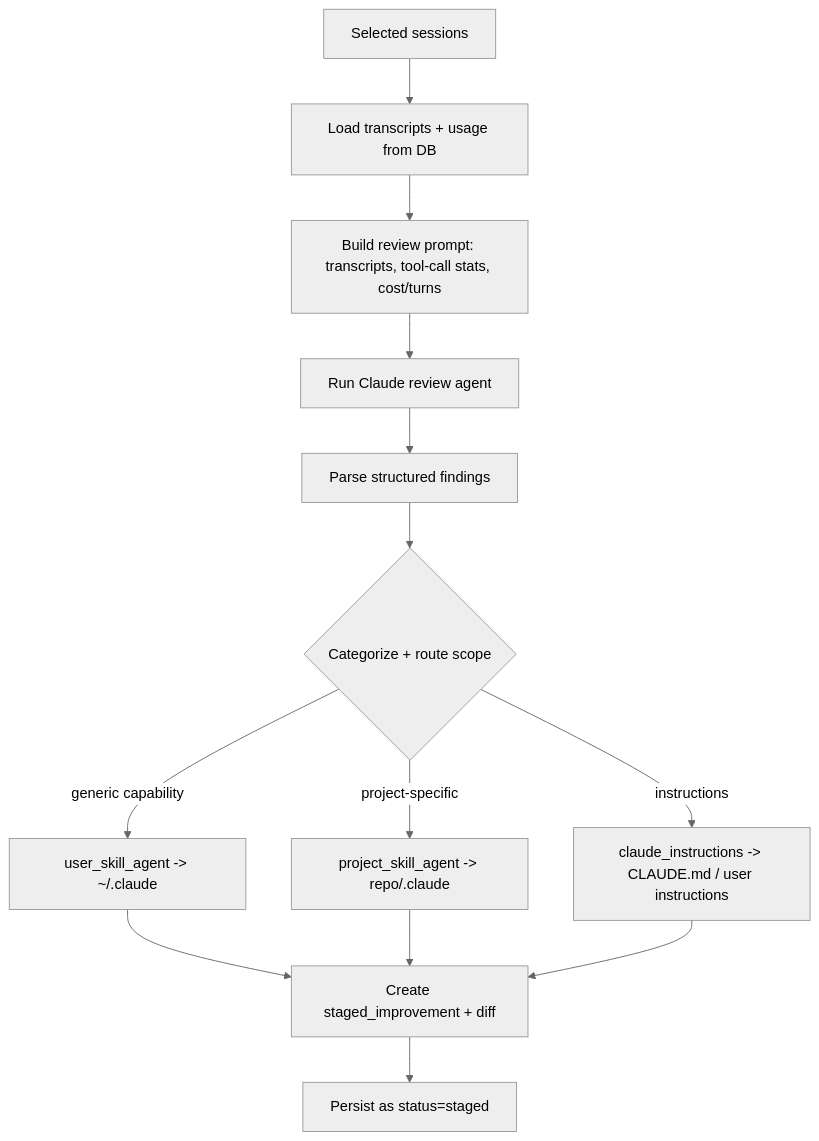
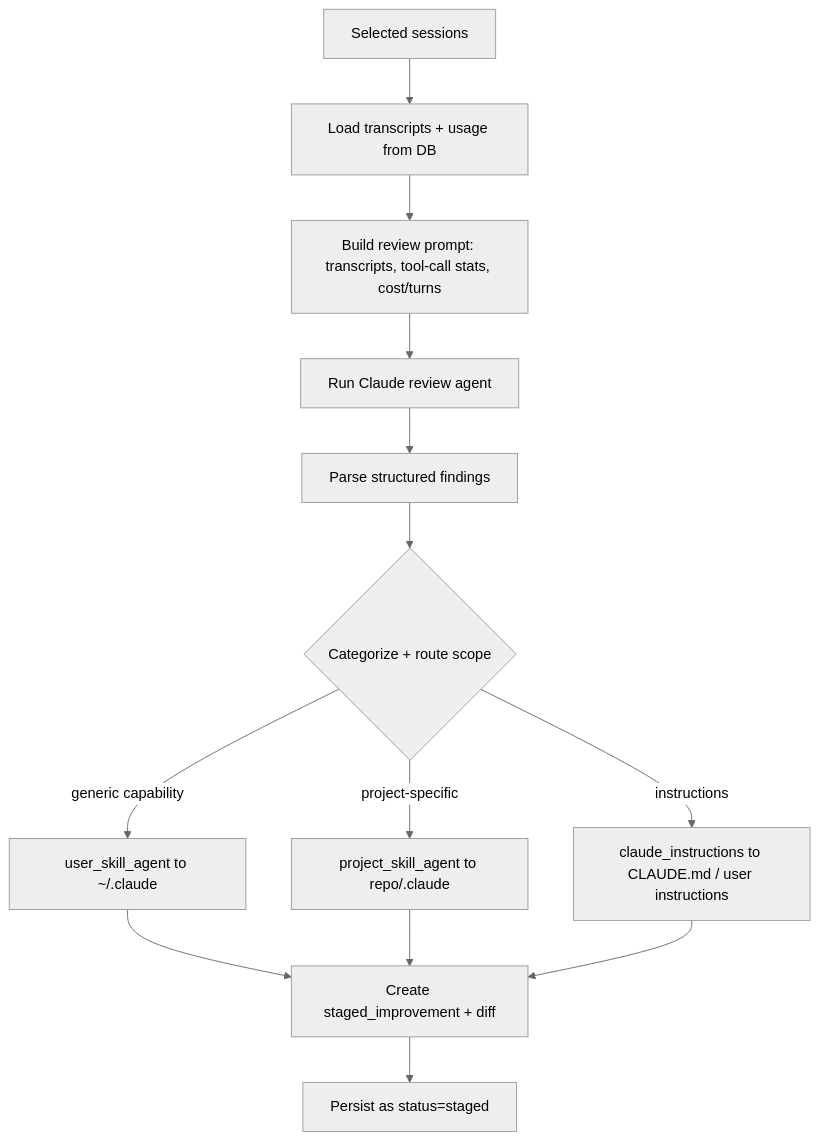
One commit to azweb76/claude-assistant changed the third of 3 diagrams in docs/architecture.md. Above: the diagram before and after it, drawn with Mermaid (neutral theme). The commit also changed other lines of this file and 6 other files, not shown here.

Commit message:
docs: add remaining backlog phases 5-9 and fix mermaid labels

````diff
--- a/docs/architecture.md
+++ b/docs/architecture.md
@@ -215,15 +215,15 @@
 ```mermaid
 flowchart TD
   a[Selected sessions] --> b[Load transcripts + usage from DB]
-  b --> c[Build review prompt: transcripts, tool-call stats, cost/turns]
+  b --> c["Build review prompt: transcripts, tool-call stats, cost/turns"]
   c --> d[Run Claude review agent]
   d --> e[Parse structured findings]
   e --> f{Categorize + route scope}
-  f -->|generic capability| user[user_skill_agent -> ~/.claude]
-  f -->|project-specific| proj[project_skill_agent -> repo/.claude]
-  f -->|instructions| instr[claude_instructions -> CLAUDE.md / user instructions]
-  user --> g[Create staged_improvement + diff]
+  f -->|generic capability| user["user_skill_agent to ~/.claude"]
+  f -->|project-specific| proj["project_skill_agent to repo/.claude"]
+  f -->|instructions| instr["claude_instructions to CLAUDE.md / user instructions"]
+  user --> g["Create staged_improvement + diff"]
   proj --> g
   instr --> g
   g --> h[Persist as status=staged]
 ```
````
